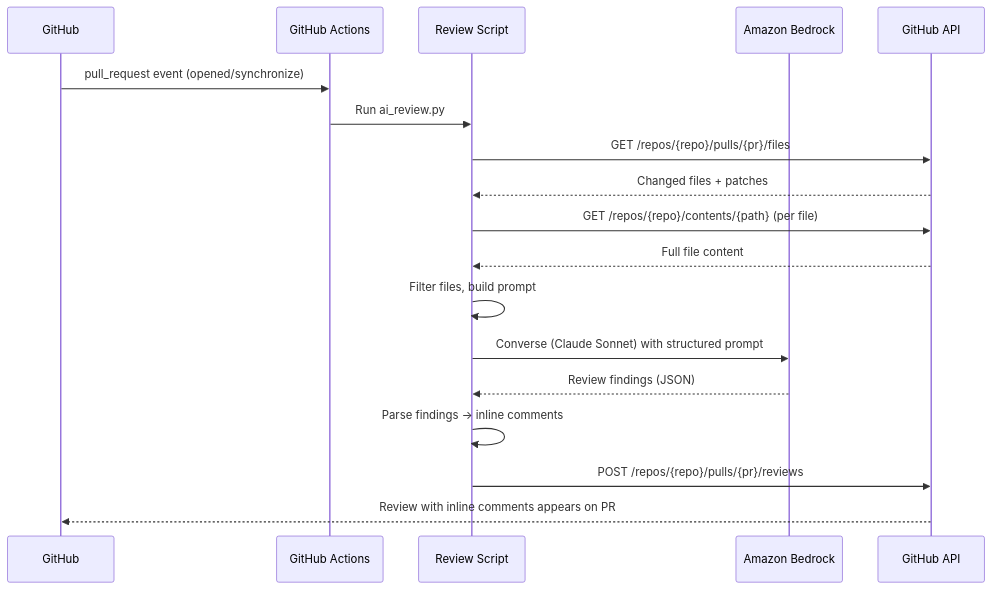
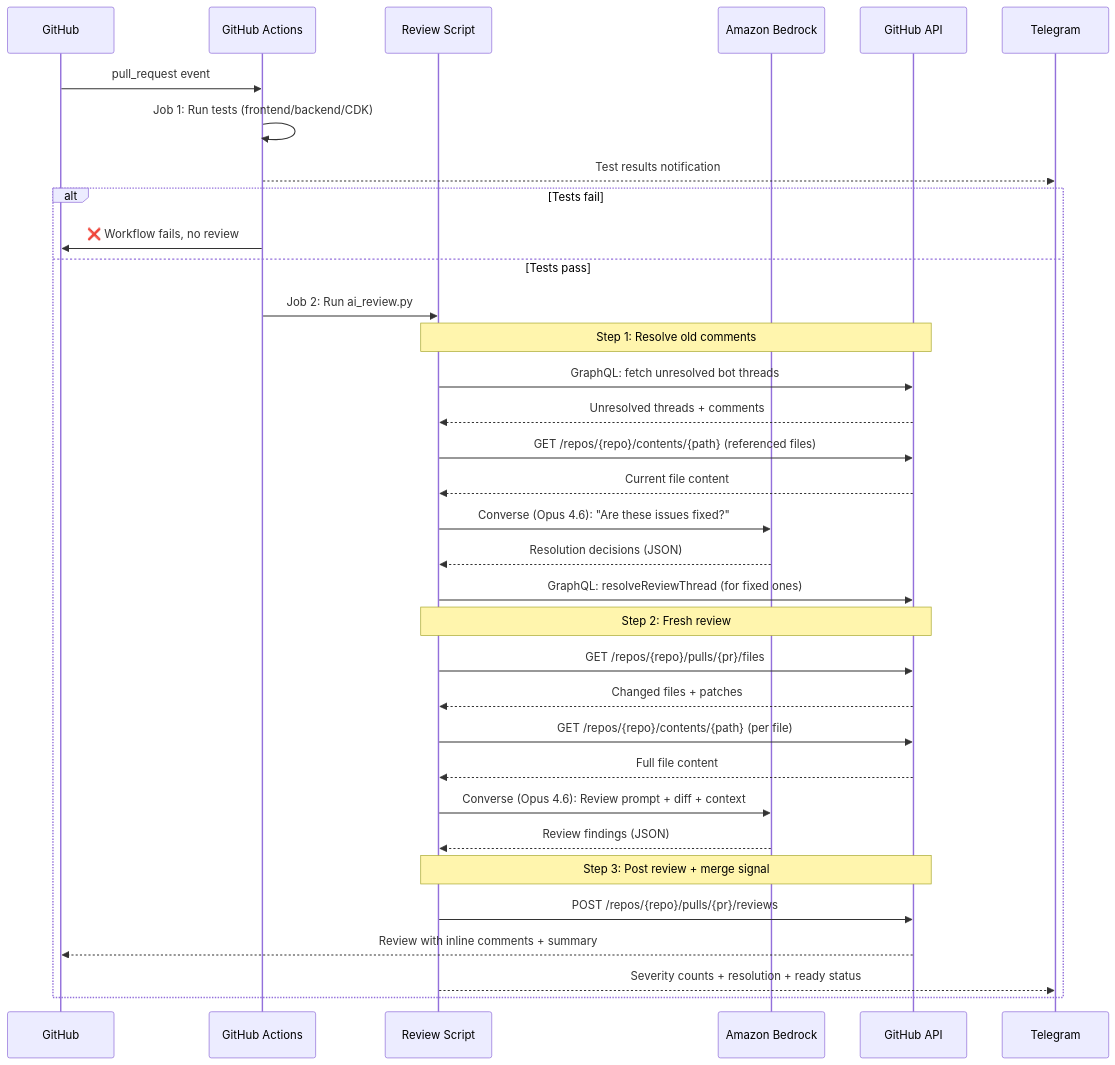
Before and after one commit to barakcaf/runmaprepeat: the diagram in docs/design/code-review-agent.md, drawn with Mermaid. The commit also changed other lines of this file, not shown here.

First line of the commit message:
docs: update code review agent design doc to match implementation

````diff
--- a/docs/design/code-review-agent.md
+++ b/docs/design/code-review-agent.md
@@ -47,21 +75,41 @@
 ```mermaid
 sequenceDiagram
     participant GH as GitHub
     participant GA as GitHub Actions
     participant S as Review Script
     participant BR as Amazon Bedrock
     participant API as GitHub API
+    participant TG as Telegram
 
-    GH->>GA: pull_request event (opened/synchronize)
-    GA->>S: Run ai_review.py
-    S->>API: GET /repos/{repo}/pulls/{pr}/files
-    API-->>S: Changed files + patches
-    S->>API: GET /repos/{repo}/contents/{path} (per file)
-    API-->>S: Full file content
-    S->>S: Filter files, build prompt
-    S->>BR: Converse (Claude Sonnet) with structured prompt
-    BR-->>S: Review findings (JSON)
-    S->>S: Parse findings → inline comments
-    S->>API: POST /repos/{repo}/pulls/{pr}/reviews
-    API-->>GH: Review with inline comments appears on PR
+    GH->>GA: pull_request event
+    GA->>GA: Job 1: Run tests (frontend/backend/CDK)
+    GA-->>TG: Test results notification
+    
+    alt Tests fail
+        GA->>GH: ❌ Workflow fails, no review
+    else Tests pass
+        GA->>S: Job 2: Run ai_review.py
+        
+        Note over S,API: Step 1: Resolve old comments
+        S->>API: GraphQL: fetch unresolved bot threads
+        API-->>S: Unresolved threads + comments
+        S->>API: GET /repos/{repo}/contents/{path} (referenced files)
+        API-->>S: Current file content
+        S->>BR: Converse (Opus 4.6): "Are these issues fixed?"
+        BR-->>S: Resolution decisions (JSON)
+        S->>API: GraphQL: resolveReviewThread (for fixed ones)
+        
+        Note over S,API: Step 2: Fresh review
+        S->>API: GET /repos/{repo}/pulls/{pr}/files
+        API-->>S: Changed files + patches
+        S->>API: GET /repos/{repo}/contents/{path} (per file)
+        API-->>S: Full file content
+        S->>BR: Converse (Opus 4.6): Review prompt + diff + context
+        BR-->>S: Review findings (JSON)
+        
+        Note over S,API: Step 3: Post review + merge signal
+        S->>API: POST /repos/{repo}/pulls/{pr}/reviews
+        API-->>GH: Review with inline comments + summary
+        S-->>TG: Severity counts + resolution + ready status
+    end
 ```
````
